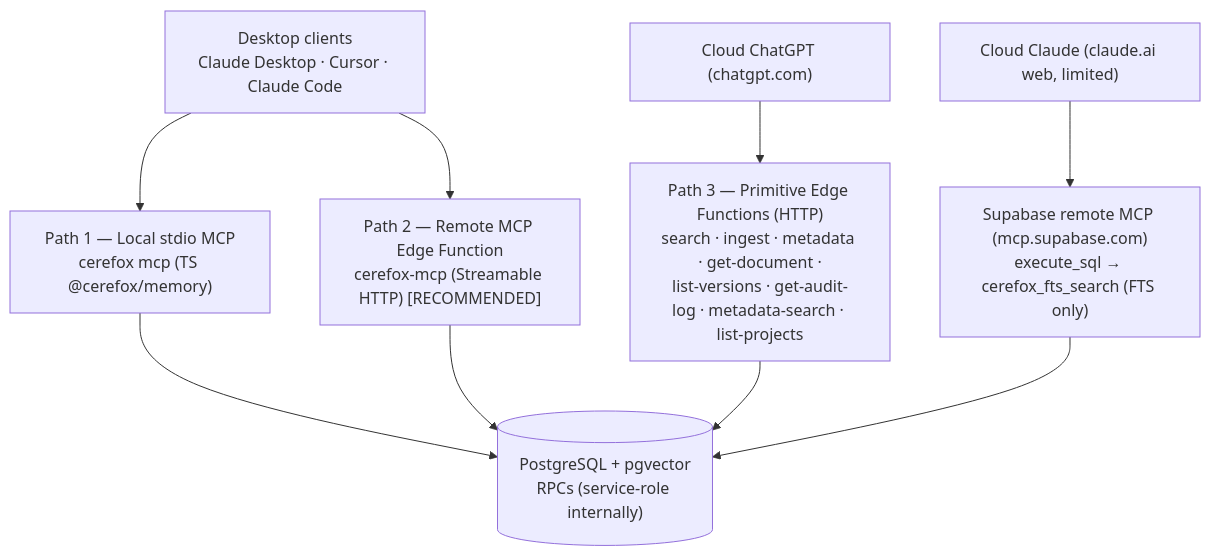
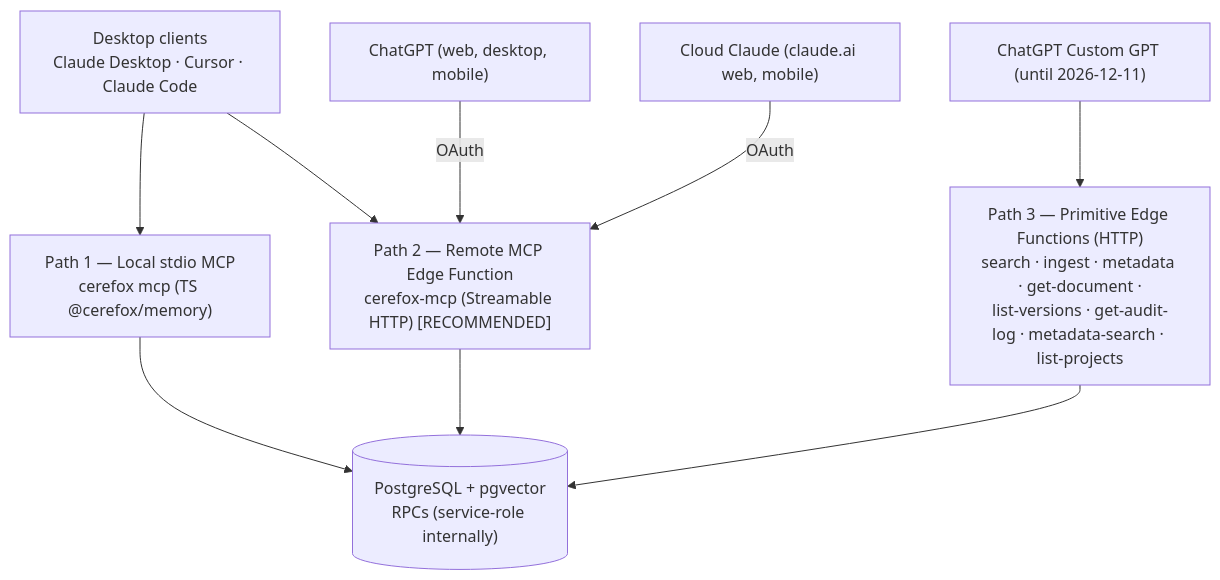
Before and after one commit to fstamatelopoulos/cerefox: the sixth of 11 diagrams in docs/solution-design.md, drawn with Mermaid. The commit also changed other lines of this file and 49 other files, not shown here.

First line of the commit message:
Release 1.25.0: ChatGPT over OAuth, search modes, model download fix (#379)

````diff
--- a/docs/solution-design.md
+++ b/docs/solution-design.md
@@ -1079,18 +1079,19 @@
 ```mermaid
 flowchart TD
   desktop["Desktop clients<br/>Claude Desktop · Cursor · Claude Code"]
-  chatgpt["Cloud ChatGPT (chatgpt.com)"]
-  claudeweb["Cloud Claude (claude.ai web, limited)"]
+  chatgpt["ChatGPT (web, desktop, mobile)"]
+  claudeweb["Cloud Claude (claude.ai web, mobile)"]
+  customgpt["ChatGPT Custom GPT (until 2026-12-11)"]
 
   local["Path 1 — Local stdio MCP<br/>cerefox mcp (TS @cerefox/memory)"]
   remote["Path 2 — Remote MCP Edge Function<br/>cerefox-mcp (Streamable HTTP) [RECOMMENDED]"]
   prims["Path 3 — Primitive Edge Functions (HTTP)<br/>search · ingest · metadata · get-document ·<br/>list-versions · get-audit-log · metadata-search · list-projects"]
-  supa["Supabase remote MCP (mcp.supabase.com)<br/>execute_sql → cerefox_fts_search (FTS only)"]
 
   pg[("PostgreSQL + pgvector<br/>RPCs (service-role internally)")]
 
   desktop --> local --> pg
   desktop --> remote --> pg
-  chatgpt --> prims --> pg
-  claudeweb --> supa --> pg
+  chatgpt -- OAuth --> remote
+  claudeweb -- OAuth --> remote
+  customgpt --> prims --> pg
 ```
````
